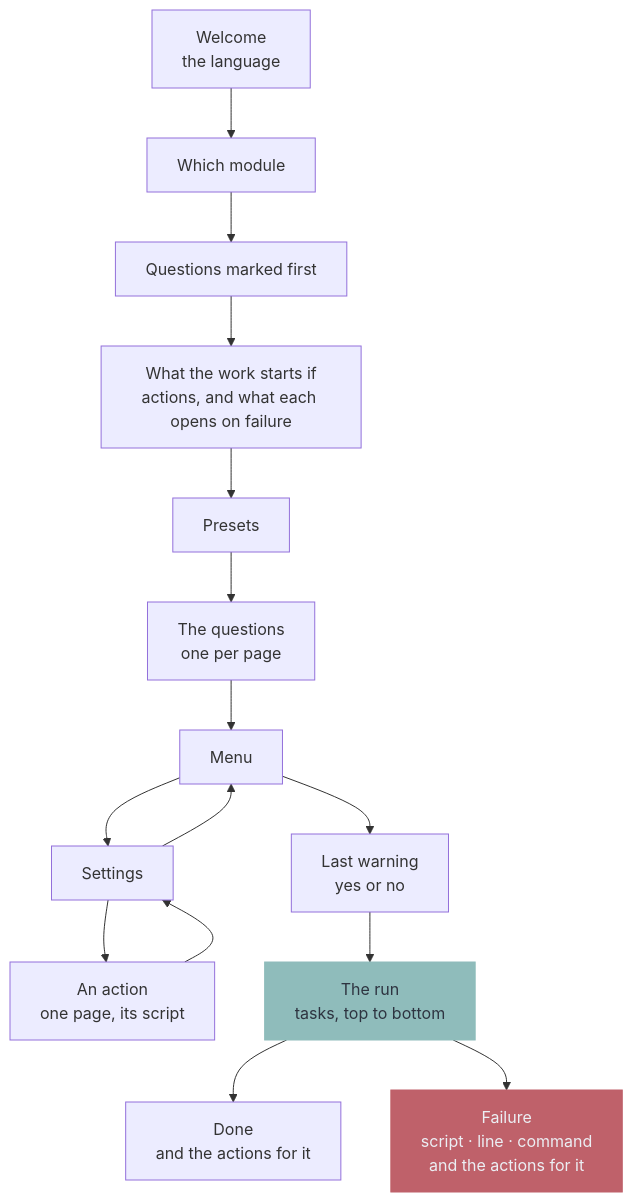
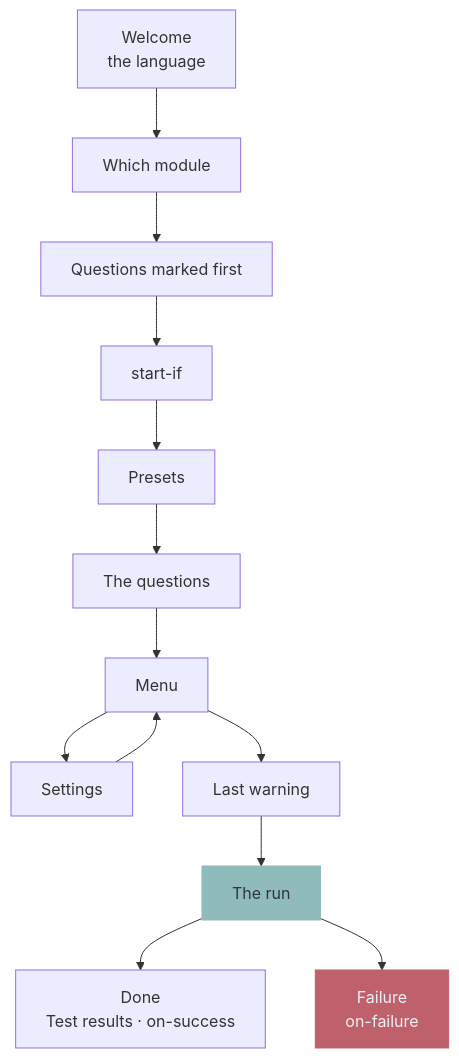
The diagram in docs/README.md (murkl/oak), drawn with Mermaid before and after one commit. The commit also changed other lines of this file and 42 other files, not shown here.

Commit message:
feat!: test results on a row of their own, shell named as name() or ./file.sh, keys named after what they hold, and a last warning that says it cannot be undone (#36)

````diff
--- a/docs/README.md
+++ b/docs/README.md
@@ -75,15 +46,14 @@
 ```mermaid
 flowchart TD
     L["Welcome<br/>the language"] --> W["Which module"] --> Q1["Questions marked first"]
-    Q1 --> N["What the work starts if<br/>actions, and what each opens on failure"] --> PR["Presets"]
-    PR --> Q["The questions<br/>one per page"]
+    Q1 --> N["start-if"] --> PR["Presets"]
+    PR --> Q["The questions"]
     Q --> H["Menu"]
     H --> SE["Settings"] --> H
-    SE --> OP["An action<br/>one page, its script"] --> SE
-    H --> CF["Last warning<br/>yes or no"] --> R["The run<br/>tasks, top to bottom"]
-    R --> OK["Done<br/>and the actions for it"]
-    R --> ER["Failure<br/>script · line · command<br/>and the actions for it"]
+    H --> CF["Last warning"] --> R["The run"]
+    R --> OK["Done<br/>Test results · on-success"]
+    R --> ER["Failure<br/>on-failure"]
 
     style ER fill:#bf616a,stroke:#bf616a,color:#eceff4
     style R fill:#8fbcbb,stroke:#8fbcbb,color:#2e3440
 ```
````
